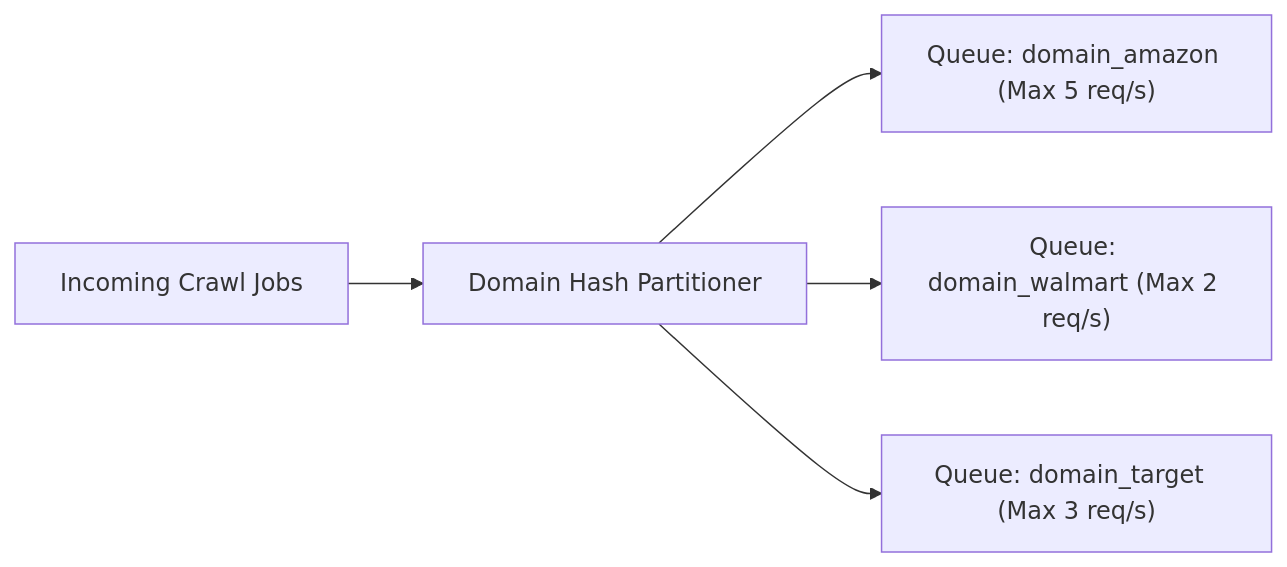
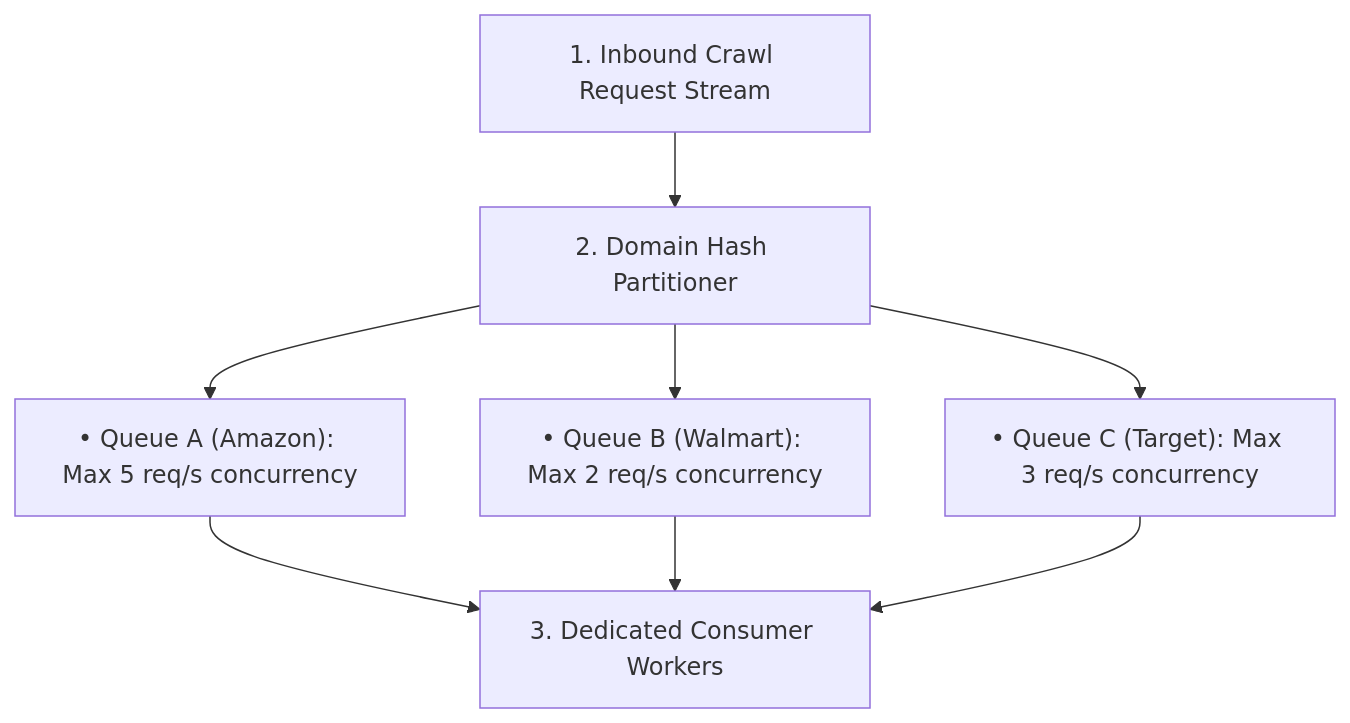
Before and after one commit to naimurhasan/naimurhasan.github.io: the second of 3 diagrams in _posts/2026-11-06-how-to-design-scraping-systems-for-millions-of-requests.md, drawn with Mermaid. The commit also changed other lines of this file and 28 other files, not shown here.

Commit message:
fix(blog): refactor all Mermaid diagrams to vertical legible layouts and restore in-body illustrations

````diff
--- a/_posts/2026-11-06-how-to-design-scraping-systems-for-millions-of-requests.md
+++ b/_posts/2026-11-06-how-to-design-scraping-systems-for-millions-of-requests.md
@@ -51,7 +47,10 @@
 ```mermaid
-flowchart LR
-  Ingest["Incoming Crawl Jobs"] --> Partitioner["Domain Hash Partitioner"]
-  Partitioner --> Q1["Queue: domain_amazon (Max 5 req/s)"]
-  Partitioner --> Q2["Queue: domain_walmart (Max 2 req/s)"]
-  Partitioner --> Q3["Queue: domain_target  (Max 3 req/s)"]
+flowchart TD
+  Ingest["1. Inbound Crawl Request Stream"] --> Partitioner["2. Domain Hash Partitioner"]
+  Partitioner --> Q1["• Queue A (Amazon): Max 5 req/s concurrency"]
+  Partitioner --> Q2["• Queue B (Walmart): Max 2 req/s concurrency"]
+  Partitioner --> Q3["• Queue C (Target): Max 3 req/s concurrency"]
+  Q1 --> Workers["3. Dedicated Consumer Workers"]
+  Q2 --> Workers
+  Q3 --> Workers
 ```
````
